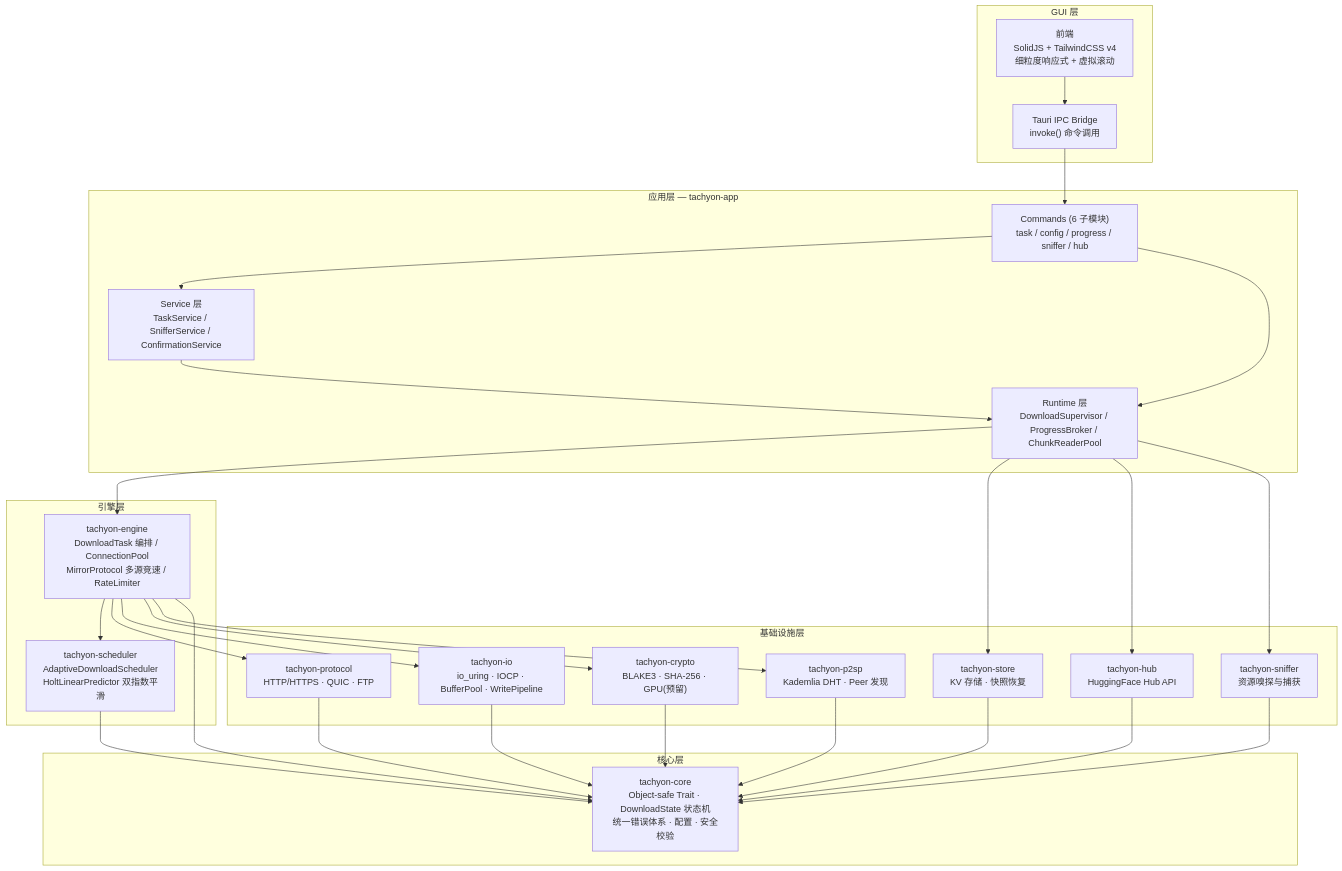
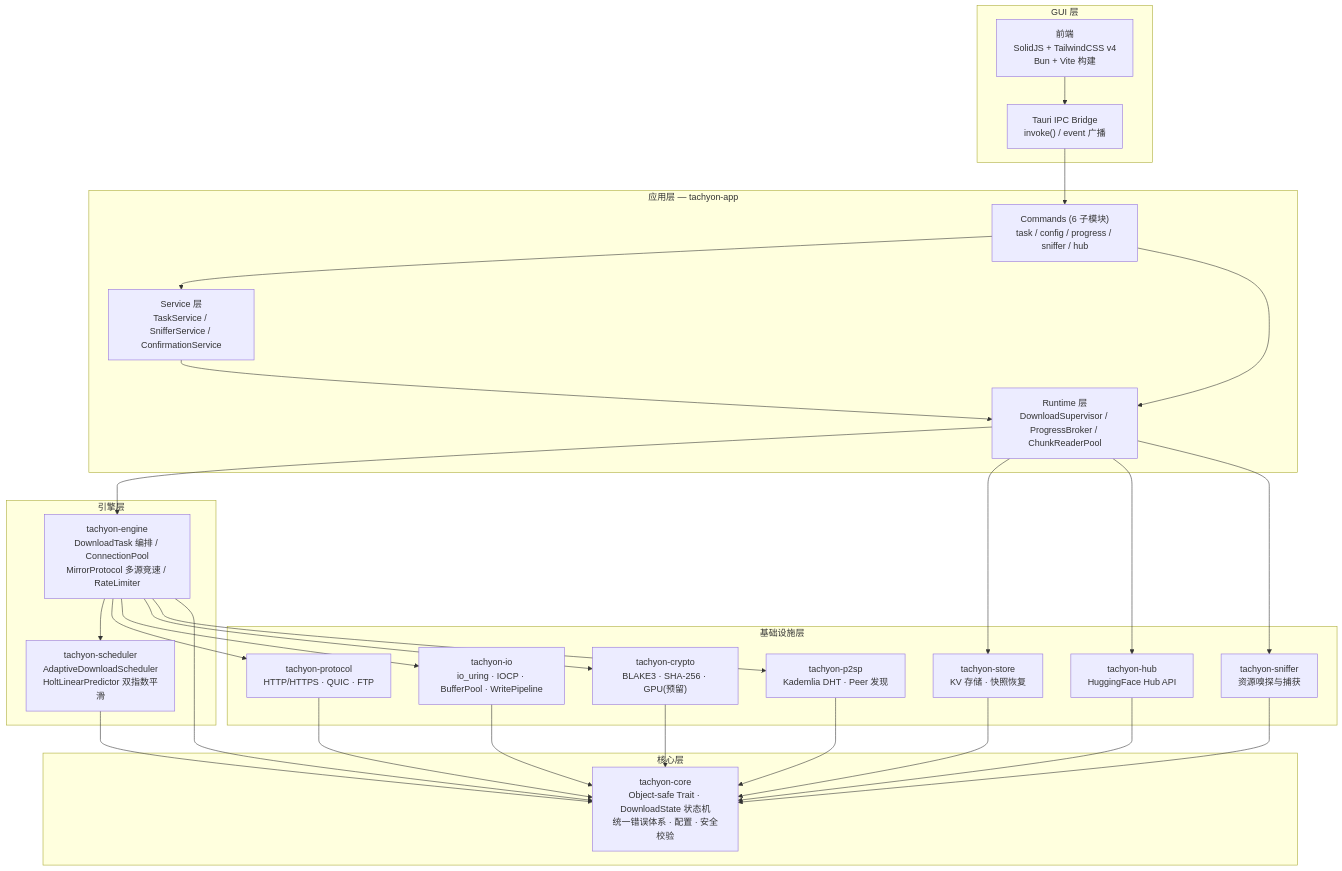
Before and after one commit to baiye2941/Tachyon: the first of 7 diagrams in README.md, drawn with Mermaid. The commit also changed other lines of this file and 10 other files, not shown here.

````diff
--- a/README.md
+++ b/README.md
@@ -110,55 +107,55 @@
 ```mermaid
 graph TB
     subgraph GUI["GUI 层"]
-        FE["前端<br/>SolidJS + TailwindCSS v4<br/>细粒度响应式 + 虚拟滚动"]
-        IPC["Tauri IPC Bridge<br/>invoke() 命令调用"]
+        FE["前端<br/>SolidJS + TailwindCSS v4<br/>Bun + Vite 构建"]
+        IPC["Tauri IPC Bridge<br/>invoke() / event 广播"]
     end
 
     subgraph APP["应用层 — tachyon-app"]
         CMDS["Commands (6 子模块)<br/>task / config / progress / sniffer / hub"]
         SVC["Service 层<br/>TaskService / SnifferService / ConfirmationService"]
         RT["Runtime 层<br/>DownloadSupervisor / ProgressBroker / ChunkReaderPool"]
     end
 
     subgraph ENGINE["引擎层"]
         ENG["tachyon-engine<br/>DownloadTask 编排 / ConnectionPool<br/>MirrorProtocol 多源竞速 / RateLimiter"]
         SCH["tachyon-scheduler<br/>AdaptiveDownloadScheduler<br/>HoltLinearPredictor 双指数平滑"]
     end
 
     subgraph INFRA["基础设施层"]
         PROTO["tachyon-protocol<br/>HTTP/HTTPS · QUIC · FTP"]
         IO["tachyon-io<br/>io_uring · IOCP · BufferPool · WritePipeline"]
         CRYPT["tachyon-crypto<br/>BLAKE3 · SHA-256 · GPU(预留)"]
         STORE["tachyon-store<br/>KV 存储 · 快照恢复"]
         P2SP["tachyon-p2sp<br/>Kademlia DHT · Peer 发现"]
         HUB["tachyon-hub<br/>HuggingFace Hub API"]
         SNIFF["tachyon-sniffer<br/>资源嗅探与捕获"]
     end
 
     subgraph CORE["核心层"]
         CORELIB["tachyon-core<br/>Object-safe Trait · DownloadState 状态机<br/>统一错误体系 · 配置 · 安全校验"]
     end
 
     FE --> IPC --> CMDS
     CMDS --> SVC
     CMDS --> RT
     SVC --> RT
     RT --> ENG
     ENG --> SCH
     ENG --> PROTO
     ENG --> IO
     ENG --> CRYPT
     ENG --> P2SP
     RT --> STORE
     RT --> HUB
     RT --> SNIFF
     PROTO --> CORELIB
     IO --> CORELIB
     CRYPT --> CORELIB
     STORE --> CORELIB
     P2SP --> CORELIB
     HUB --> CORELIB
     SNIFF --> CORELIB
     SCH --> CORELIB
     ENG --> CORELIB
 ```
````
